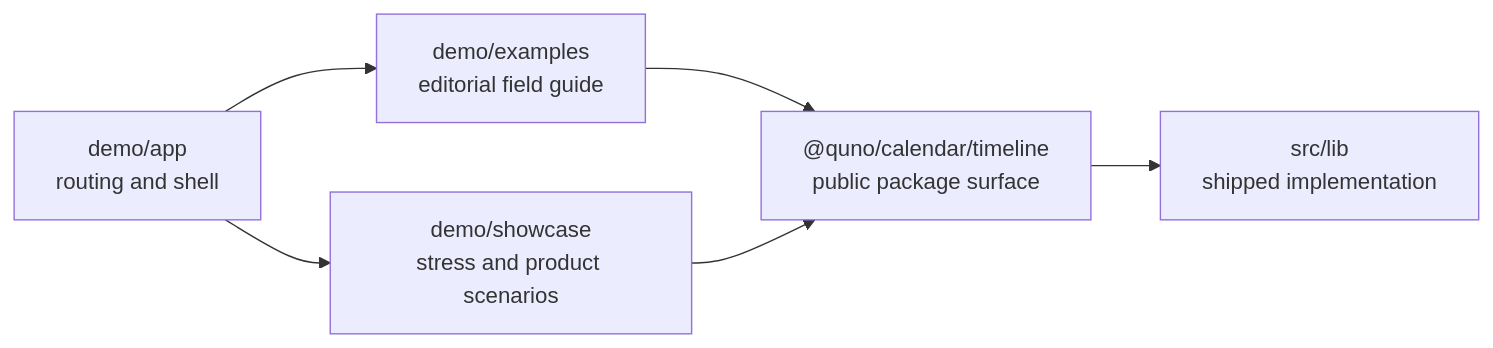
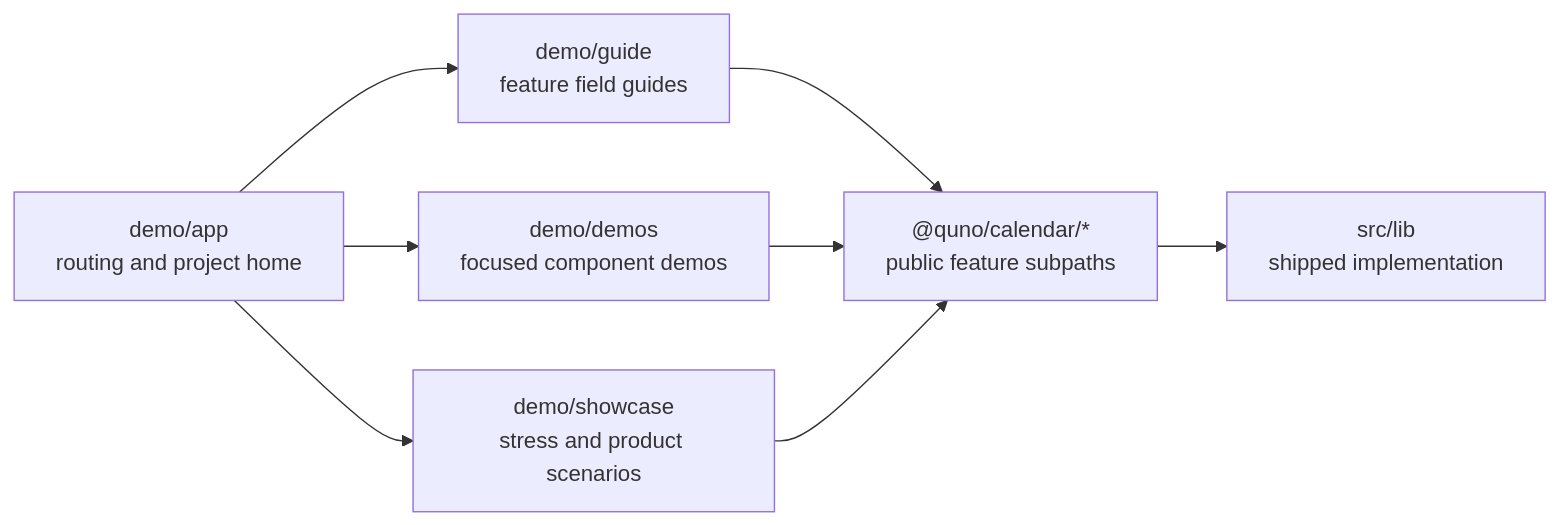
One commit to junomedical/quno-calendar changed the diagram in demo/README.md. Above: the diagram before and after it, drawn with Mermaid. The commit also changed other lines of this file and 105 other files, not shown here.

````diff
--- a/demo/README.md
+++ b/demo/README.md
@@ -5,8 +5,10 @@
 ```mermaid
 flowchart LR
-  App["demo/app<br/>routing and shell"] --> Guide["demo/examples<br/>editorial field guide"]
+  App["demo/app<br/>routing and project home"] --> Guide["demo/guide<br/>feature field guides"]
+  App --> Demos["demo/demos<br/>focused component demos"]
   App --> Showcase["demo/showcase<br/>stress and product scenarios"]
-  Guide --> Public["@quno/calendar/timeline<br/>public package surface"]
+  Guide --> Public["@quno/calendar/*<br/>public feature subpaths"]
+  Demos --> Public
   Showcase --> Public
   Public --> Library["src/lib<br/>shipped implementation"]
 ```
````
